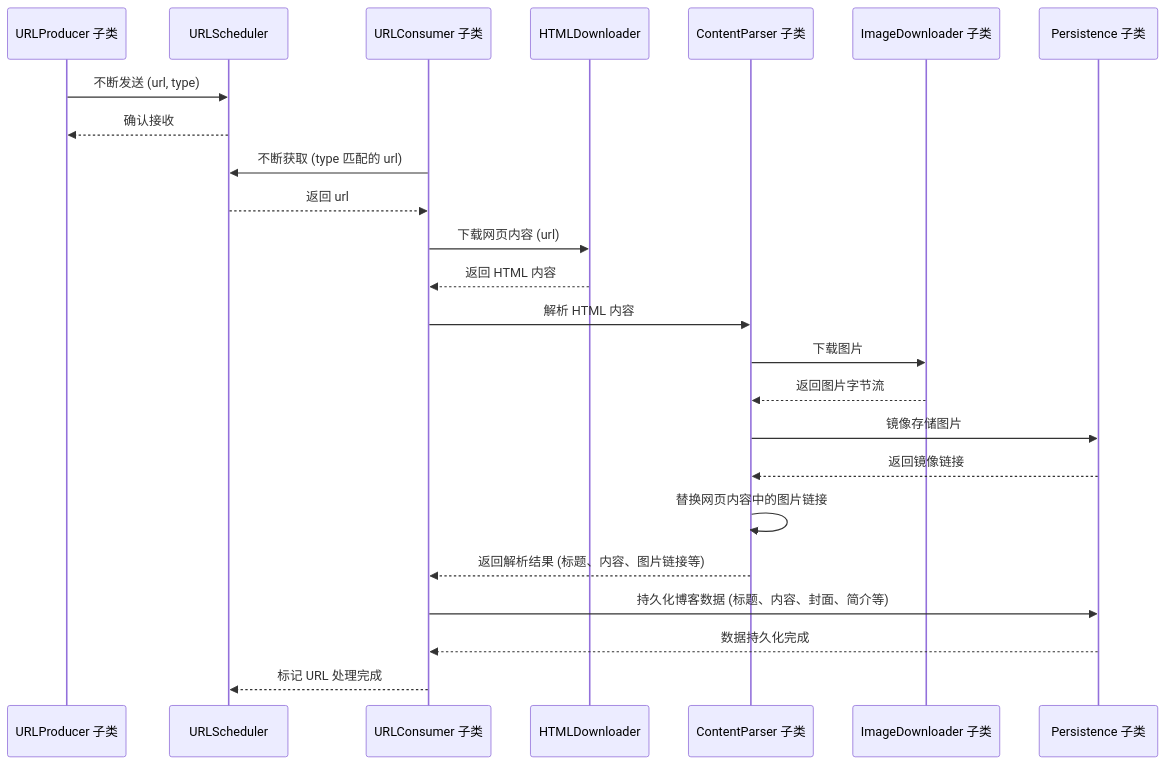
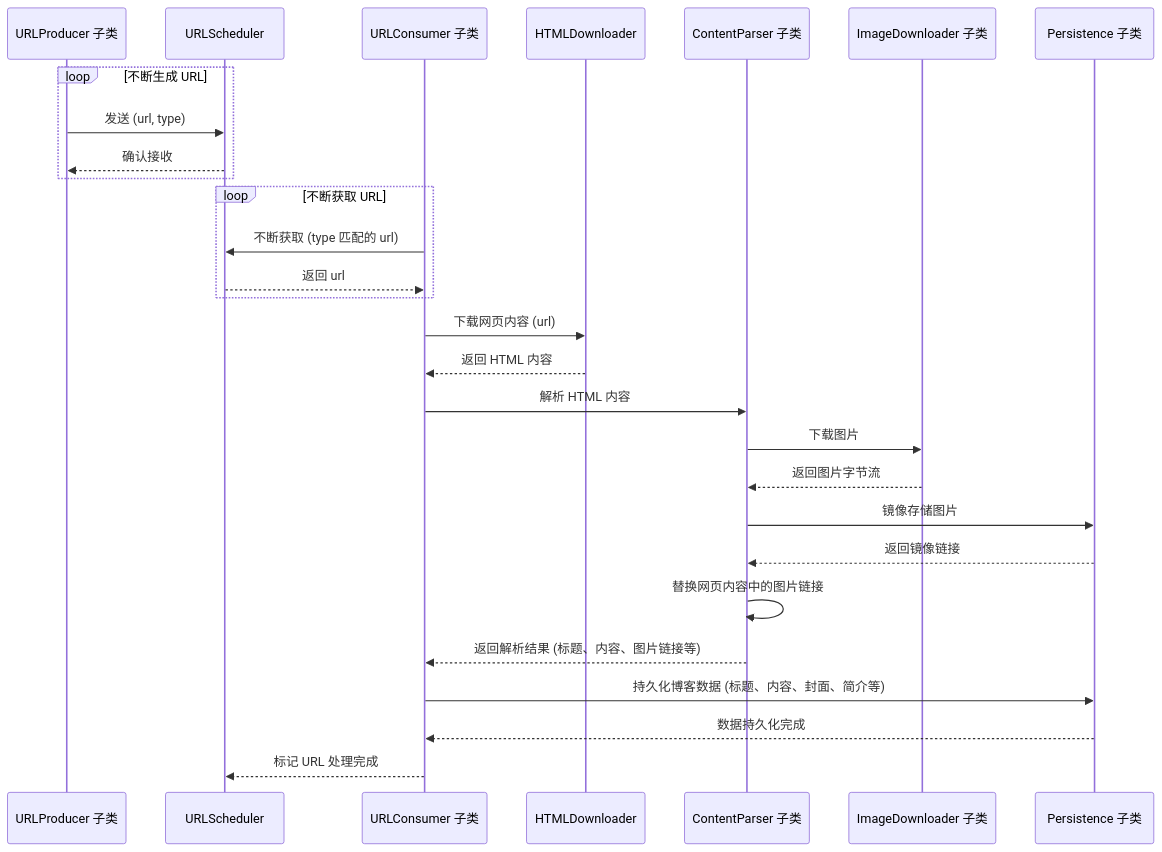
One commit to jiang-taibai/blog-crawler changed the diagram in README.md. Above: the diagram before and after it, drawn with Mermaid. The commit also changed 1 other file, not shown here.

Commit message:
docs: 完善文档，添加 LOOP 结构

````diff
--- a/README.md
+++ b/README.md
@@ -18,41 +18,33 @@
 ```mermaid
 sequenceDiagram
     participant URLProducer as URLProducer 子类
     participant URLScheduler as URLScheduler
     participant URLConsumer as URLConsumer 子类
     participant HTMLDownloader as HTMLDownloader
     participant ContentParser as ContentParser 子类
     participant ImageDownloader as ImageDownloader 子类
     participant Persistence as Persistence 子类
 
-    %% URLProducer 发送 URL 到调度器
-    URLProducer ->> URLScheduler: 不断发送 (url, type)
-    URLScheduler -->> URLProducer: 确认接收
+    loop 不断生成 URL
+        URLProducer ->> URLScheduler: 发送 (url, type)
+        URLScheduler -->> URLProducer: 确认接收
+    end
 
-    %% URLConsumer 从调度器获取 URL
-    URLConsumer ->> URLScheduler: 不断获取 (type 匹配的 url)
-    URLScheduler -->> URLConsumer: 返回 url
-
-    %% HTMLDownloader 下载网页内容
+    loop 不断获取 URL
+        URLConsumer ->> URLScheduler: 不断获取 (type 匹配的 url)
+        URLScheduler -->> URLConsumer: 返回 url
+    end
+    
     URLConsumer ->> HTMLDownloader: 下载网页内容 (url)
     HTMLDownloader -->> URLConsumer: 返回 HTML 内容
-
-    %% ContentParser 解析网页内容
     URLConsumer ->> ContentParser: 解析 HTML 内容
-
-    %% ImageDownloader 下载图片
     ContentParser ->> ImageDownloader: 下载图片
     ImageDownloader -->> ContentParser: 返回图片字节流
     ContentParser ->> Persistence: 镜像存储图片
     Persistence -->> ContentParser: 返回镜像链接
     ContentParser ->> ContentParser: 替换网页内容中的图片链接
     ContentParser -->> URLConsumer: 返回解析结果 (标题、内容、图片链接等)
-
-    %% 数据持久化
     URLConsumer ->> Persistence: 持久化博客数据 (标题、内容、封面、简介等)
     Persistence -->> URLConsumer: 数据持久化完成
-
-    %% 流程结束
     URLConsumer -->> URLScheduler: 标记 URL 处理完成
-
 ```
````
